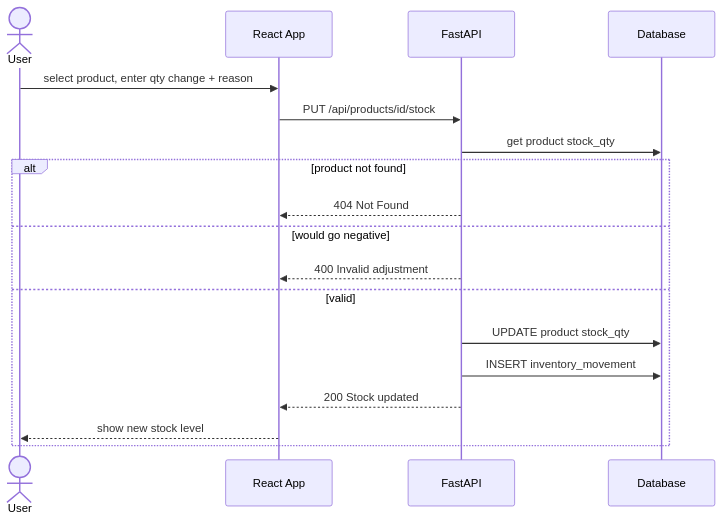
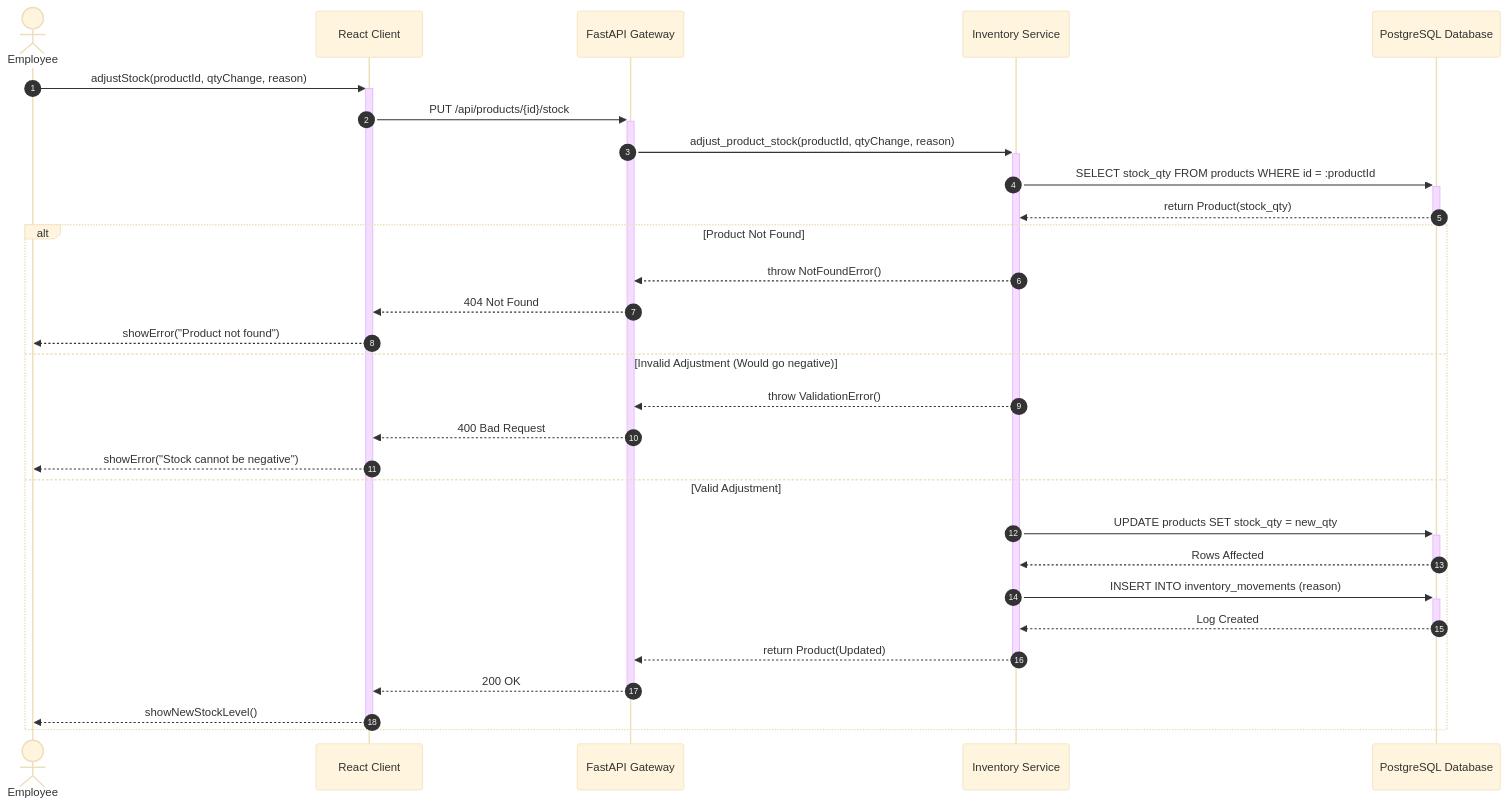
Before and after one commit to hyperS777/BizAI: the diagram in docs/design-diagrams/09-sequence-stock-adjust.mmd, drawn with Mermaid. The commit also changed 31 other files, not shown here.

Commit message:
docs: add system design diagrams and Visio rebuild guides

```diff
--- a/docs/design-diagrams/09-sequence-stock-adjust.mmd
+++ b/docs/design-diagrams/09-sequence-stock-adjust.mmd
@@ -1,20 +1,33 @@
+%%{init: {'theme': 'base', 'sequence': {'actorMargin': 150, 'messageMargin': 60}}}%%
 sequenceDiagram
-    actor U as User
-    participant FE as React App
-    participant API as FastAPI
-    participant DB as Database
+    autonumber
+    actor U as Employee
+    participant FE as React Client
+    participant API as FastAPI Gateway
+    participant INV as Inventory Service
+    participant DB as PostgreSQL Database
 
-    U->>FE: select product, enter qty change + reason
-    FE->>API: PUT /api/products/id/stock
-
-    API->>DB: get product stock_qty
-    alt product not found
+    U->>+FE: adjustStock(productId, qtyChange, reason)
+    FE->>+API: PUT /api/products/{id}/stock
+    API->>+INV: adjust_product_stock(productId, qtyChange, reason)
+    
+    INV->>+DB: SELECT stock_qty FROM products WHERE id = :productId
+    DB-->>-INV: return Product(stock_qty)
+    
+    alt Product Not Found
+        INV-->>API: throw NotFoundError()
         API-->>FE: 404 Not Found
-    else would go negative
-        API-->>FE: 400 Invalid adjustment
-    else valid
-        API->>DB: UPDATE product stock_qty
-        API->>DB: INSERT inventory_movement
-        API-->>FE: 200 Stock updated
-        FE-->>U: show new stock level
+        FE-->>U: showError("Product not found")
+    else Invalid Adjustment (Would go negative)
+        INV-->>API: throw ValidationError()
+        API-->>FE: 400 Bad Request
+        FE-->>U: showError("Stock cannot be negative")
+    else Valid Adjustment
+        INV->>+DB: UPDATE products SET stock_qty = new_qty
+        DB-->>-INV: Rows Affected
+        INV->>+DB: INSERT INTO inventory_movements (reason)
+        DB-->>-INV: Log Created
+        INV-->>-API: return Product(Updated)
+        API-->>-FE: 200 OK
+        FE-->>-U: showNewStockLevel()
     end
```
